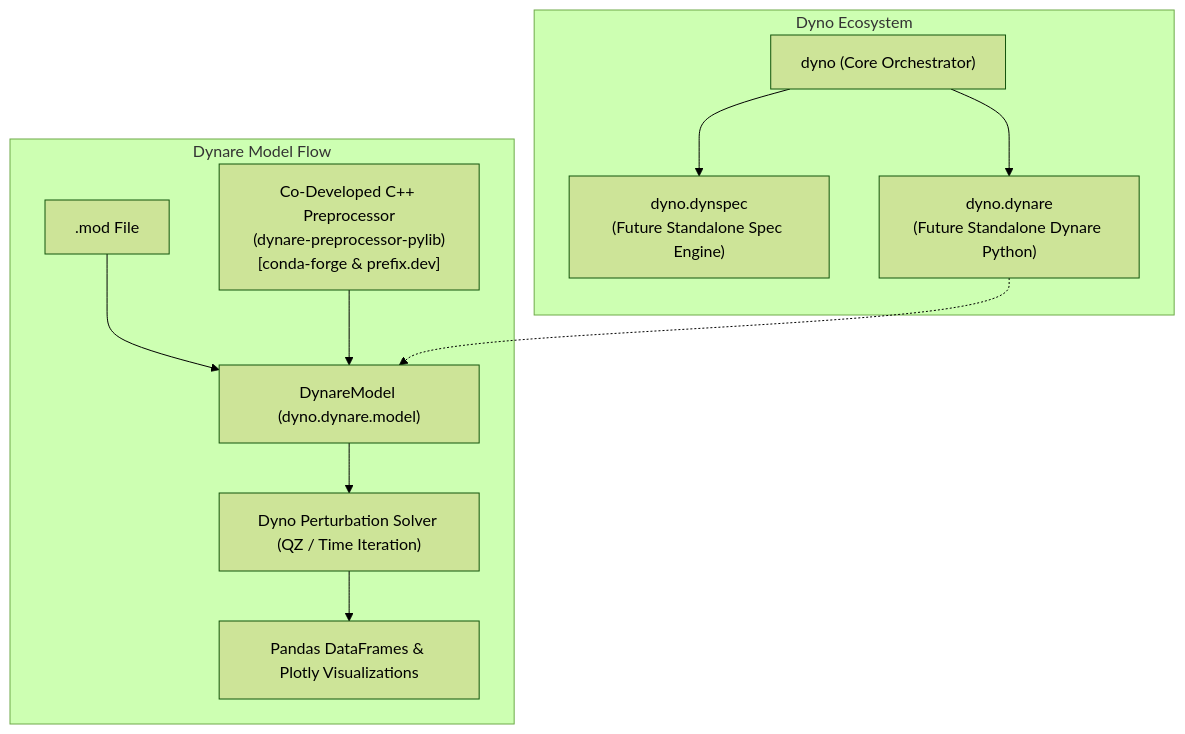
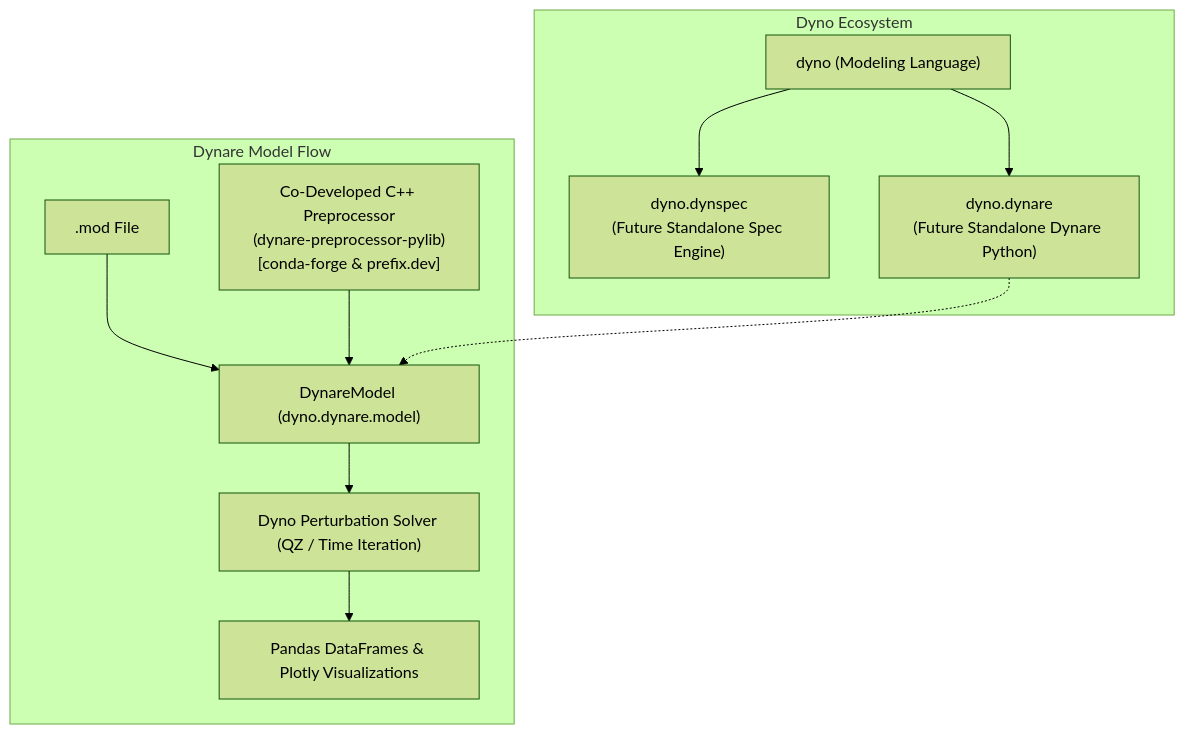
Before and after one commit to EconForge/dyno.py: the diagram in docs/dynare/index.md, drawn with Mermaid (forest theme). The commit also changed 2 other files, not shown here.

Commit message:
docs: remove graph and ecosystem section from subpackages landing page and present dyno as modeling language

````diff
--- a/docs/dynare/index.md
+++ b/docs/dynare/index.md
@@ -22,19 +22,19 @@
 ```mermaid
 graph TD
     subgraph "Dyno Ecosystem"
-        DYNO["dyno (Core Orchestrator)"]
+        DYNO["dyno (Modeling Language)"]
         DYNSPEC["dyno.dynspec<br/>(Future Standalone Spec Engine)"]
         DYNARE["dyno.dynare<br/>(Future Standalone Dynare Python)"]
     end
 
     subgraph "Dynare Model Flow"
         MOD[".mod File"] --> DM["DynareModel (dyno.dynare.model)"]
         CPP["Co-Developed C++ Preprocessor<br/>(dynare-preprocessor-pylib)<br/>[conda-forge & prefix.dev]"] --> DM
         DM --> SOLVE["Dyno Perturbation Solver (QZ / Time Iteration)"]
         SOLVE --> OUT["Pandas DataFrames & Plotly Visualizations"]
     end
 
     DYNARE -.-> DM
     DYNO --> DYNARE
     DYNO --> DYNSPEC
 ```
````
